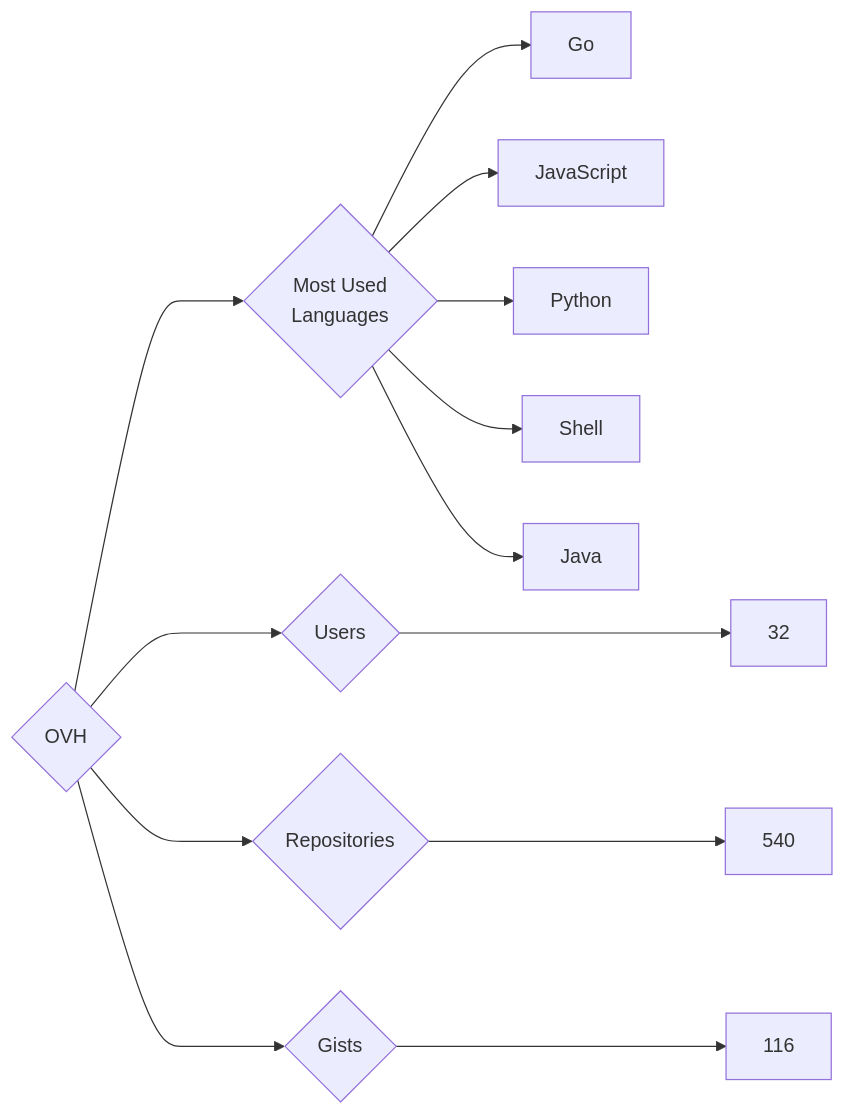
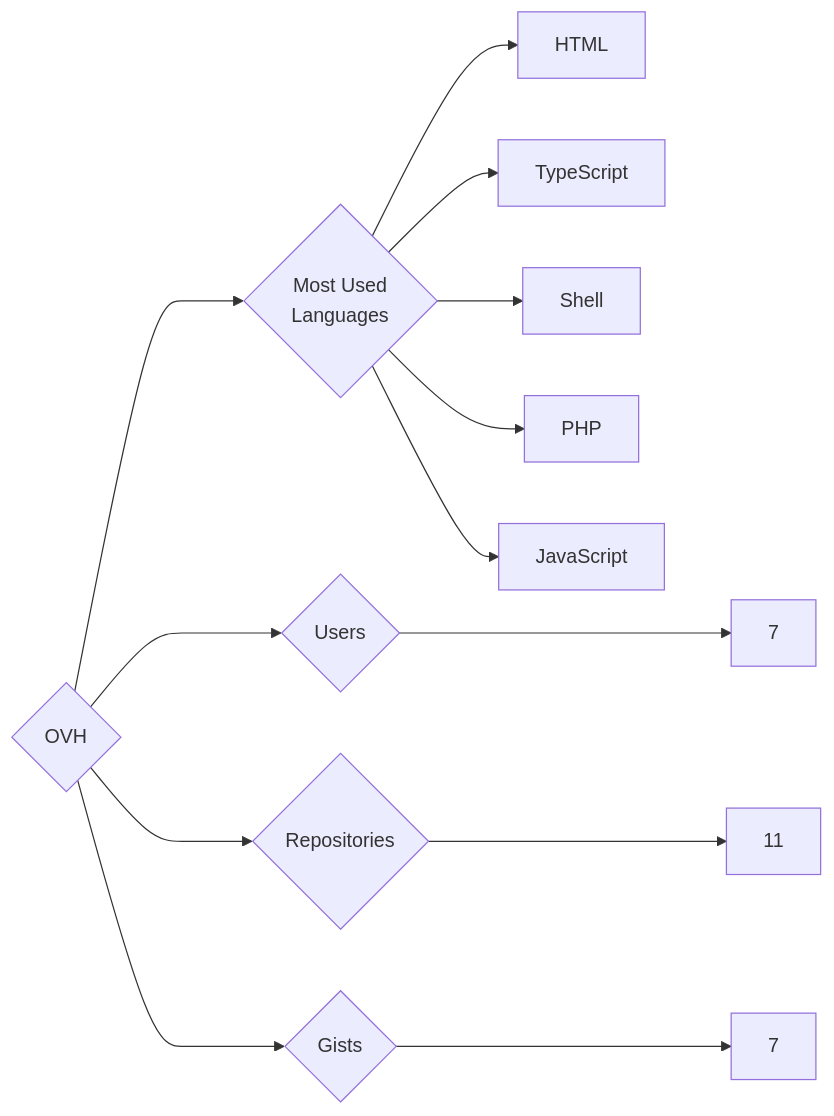
The diagram in targets/OVH/README.md (trickest/insiders), drawn with Mermaid before and after one commit. The commit also changed 1496 other files, not shown here.

````diff
--- a/targets/OVH/README.md
+++ b/targets/OVH/README.md
@@ -3,13 +3,13 @@
 ```mermaid
 graph LR
 COMPANY_NAME{OVH}
-COMPANY_NAME ---> U{Users} ---> UN[32]
-COMPANY_NAME ---> R{Repositories} ---> RN[540]
-COMPANY_NAME ---> G{Gists} ---> GN[116]
+COMPANY_NAME ---> U{Users} ---> UN[7]
+COMPANY_NAME ---> R{Repositories} ---> RN[11]
+COMPANY_NAME ---> G{Gists} ---> GN[7]
 COMPANY_NAME ---> ML{Most Used<br>Languages}
-ML --> Go[Go]
+ML --> HTML[HTML]
+ML --> TypeScript[TypeScript]
+ML --> Shell[Shell]
+ML --> PHP[PHP]
 ML --> JavaScript[JavaScript]
-ML --> Python[Python]
-ML --> Shell[Shell]
-ML --> Java[Java]
 ```
````
